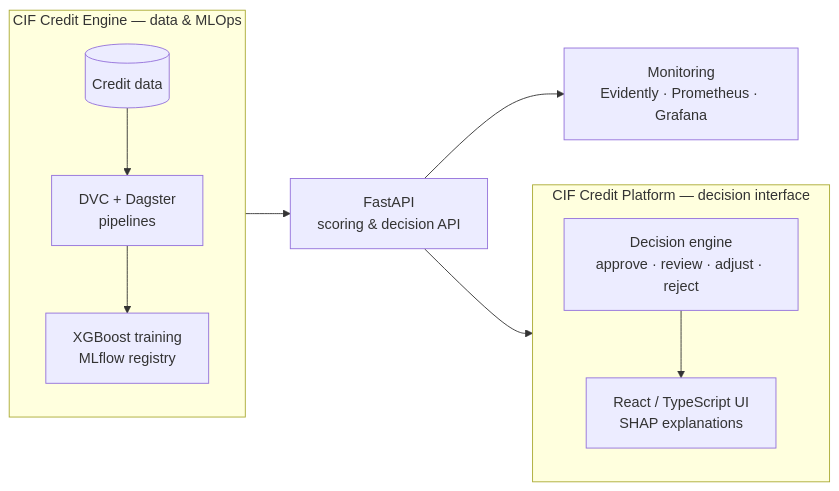
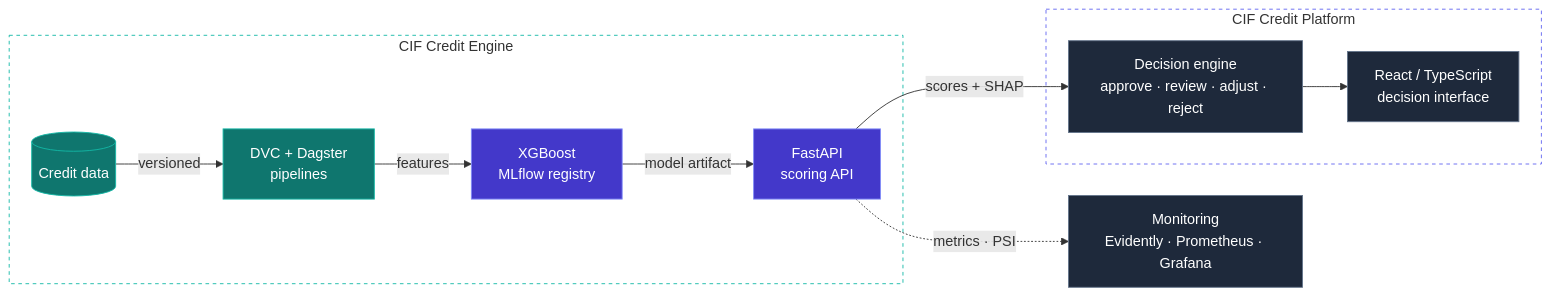
One commit to Sow221/Sow221 changed the diagram in README.md. Above: the diagram before and after it, drawn with Mermaid. The commit also changed other lines of this file and 8 other files, not shown here.

First line of the commit message:
feat(profile): animated banner, project cards, themed architecture diagram

````diff
--- a/README.md
+++ b/README.md
@@ -75,18 +121,29 @@
 ```mermaid
 flowchart LR
-    subgraph ENGINE["CIF Credit Engine — data & MLOps"]
-        direction TB
-        D[("Credit data")] --> P["DVC + Dagster<br/>pipelines"]
-        P --> T["XGBoost training<br/>MLflow registry"]
+    D[("Credit data")] -->|versioned| P["DVC + Dagster<br/>pipelines"]
+    P -->|features| T["XGBoost<br/>MLflow registry"]
+    T -->|model artifact| API["FastAPI<br/>scoring API"]
+    API -->|scores + SHAP| DE["Decision engine<br/>approve · review · adjust · reject"]
+    DE --> UI["React / TypeScript<br/>decision interface"]
+    API -.->|metrics · PSI| M["Monitoring<br/>Evidently · Prometheus · Grafana"]
+
+    subgraph ENGINE["CIF Credit Engine"]
+        D
+        P
+        T
+        API
+    end
+    subgraph PLATFORM["CIF Credit Platform"]
+        DE
+        UI
     end
 
-    T --> API["FastAPI<br/>scoring & decision API"]
-    API --> M["Monitoring<br/>Evidently · Prometheus · Grafana"]
-
-    subgraph PLATFORM["CIF Credit Platform — decision interface"]
-        direction TB
-        DE["Decision engine<br/>approve · review · adjust · reject"] --> UI["React / TypeScript UI<br/>SHAP explanations"]
-    end
-
-    API --> DE
+    classDef data fill:#0F766E,stroke:#14B8A6,color:#FFFFFF
+    classDef ml fill:#4338CA,stroke:#818CF8,color:#FFFFFF
+    classDef app fill:#1E293B,stroke:#64748B,color:#FFFFFF
+    class D,P data
+    class T,API ml
+    class DE,UI,M app
+    style ENGINE fill:transparent,stroke:#14B8A6,stroke-dasharray:4 4
+    style PLATFORM fill:transparent,stroke:#6366F1,stroke-dasharray:4 4
 ```
````
